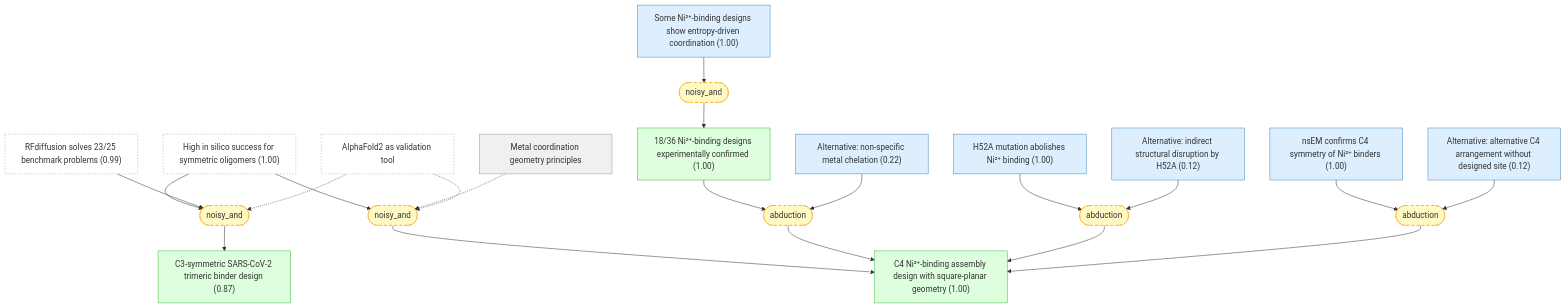
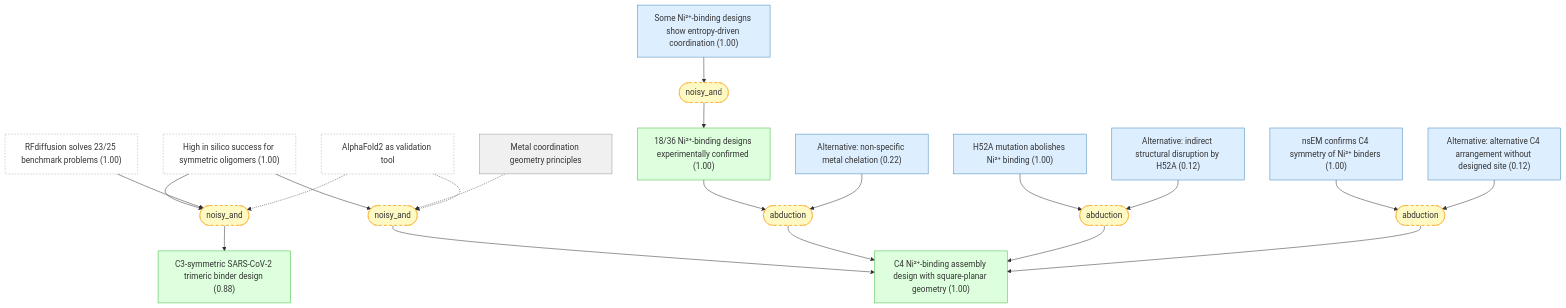
The sixth of 8 diagrams in README.md (kunyuan/watson-rfdiffusion-2023-gaia), drawn with Mermaid before and after one commit. The commit also changed other lines of this file and 7 other files, not shown here.

````diff
--- a/README.md
+++ b/README.md
@@ -808,51 +850,51 @@
 ```mermaid
 graph TD
     alphafold2_definition["AlphaFold2 as validation tool"]:::external
     symmetric_high_success["High in silico success for symmetric oligomers (1.00)"]:::external
-    rfdiffusion_benchmark_performance["RFdiffusion solves 23/25 benchmark problems (0.99)"]:::external
+    rfdiffusion_benchmark_performance["RFdiffusion solves 23/25 benchmark problems (1.00)"]:::external
     metal_coordination_geometry["Metal coordination geometry principles"]:::setting
-    sars_cov2_trimeric_binder_design["C3-symmetric SARS-CoV-2 trimeric binder design (0.87)"]:::derived
+    sars_cov2_trimeric_binder_design["C3-symmetric SARS-CoV-2 trimeric binder design (0.88)"]:::derived
     ni_binding_design["C4 Ni²⁺-binding assembly design with square-planar geometry (1.00)"]:::derived
     ni_binding_experimental["18/36 Ni²⁺-binding designs experimentally confirmed (1.00)"]:::derived
     ni_binding_histidine_dependence["H52A mutation abolishes Ni²⁺ binding (1.00)"]:::premise
     ni_binding_nsem["nsEM confirms C4 symmetry of Ni²⁺ binders (1.00)"]:::premise
     ni_binding_endothermic["Some Ni²⁺-binding designs show entropy-driven coordination (1.00)"]:::premise
     alt_nonspecific_metal_chelation["Alternative: non-specific metal chelation (0.22)"]:::premise
     alt_indirect_structural_disruption_h52a["Alternative: indirect structural disruption by H52A (0.12)"]:::premise
     alt_alternative_c4_arrangement["Alternative: alternative C4 arrangement without designed site (0.12)"]:::premise
-    strat_20(["noisy_and"]):::weak
-    symmetric_high_success --> strat_20
-    rfdiffusion_benchmark_performance --> strat_20
-    alphafold2_definition -.-> strat_20
-    strat_20 --> sars_cov2_trimeric_binder_design
-    strat_21(["noisy_and"]):::weak
-    symmetric_high_success --> strat_21
-    metal_coordination_geometry -.-> strat_21
-    alphafold2_definition -.-> strat_21
-    strat_21 --> ni_binding_design
     strat_22(["noisy_and"]):::weak
-    ni_binding_endothermic --> strat_22
-    strat_22 --> ni_binding_experimental
-    strat_23(["abduction"]):::weak
-    ni_binding_experimental --> strat_23
-    alt_nonspecific_metal_chelation --> strat_23
+    symmetric_high_success --> strat_22
+    rfdiffusion_benchmark_performance --> strat_22
+    alphafold2_definition -.-> strat_22
+    strat_22 --> sars_cov2_trimeric_binder_design
+    strat_23(["noisy_and"]):::weak
+    symmetric_high_success --> strat_23
+    metal_coordination_geometry -.-> strat_23
+    alphafold2_definition -.-> strat_23
     strat_23 --> ni_binding_design
-    strat_24(["abduction"]):::weak
-    ni_binding_histidine_dependence --> strat_24
-    alt_indirect_structural_disruption_h52a --> strat_24
-    strat_24 --> ni_binding_design
+    strat_24(["noisy_and"]):::weak
+    ni_binding_endothermic --> strat_24
+    strat_24 --> ni_binding_experimental
     strat_25(["abduction"]):::weak
-    ni_binding_nsem --> strat_25
-    alt_alternative_c4_arrangement --> strat_25
+    ni_binding_experimental --> strat_25
+    alt_nonspecific_metal_chelation --> strat_25
     strat_25 --> ni_binding_design
+    strat_26(["abduction"]):::weak
+    ni_binding_histidine_dependence --> strat_26
+    alt_indirect_structural_disruption_h52a --> strat_26
+    strat_26 --> ni_binding_design
+    strat_27(["abduction"]):::weak
+    ni_binding_nsem --> strat_27
+    alt_alternative_c4_arrangement --> strat_27
+    strat_27 --> ni_binding_design
 
     classDef setting fill:#f0f0f0,stroke:#999,color:#333
     classDef premise fill:#ddeeff,stroke:#4488bb,color:#333
     classDef derived fill:#ddffdd,stroke:#44bb44,color:#333
     classDef question fill:#fff3dd,stroke:#cc9944,color:#333
     classDef background fill:#f5f5f5,stroke:#bbb,stroke-dasharray: 5 5,color:#333
     classDef orphan fill:#fff,stroke:#ccc,stroke-dasharray: 5 5,color:#333
     classDef external fill:#fff,stroke:#aaa,stroke-dasharray: 3 3,color:#333
     classDef weak fill:#fff9c4,stroke:#f9a825,stroke-dasharray: 5 5,color:#333
     classDef contra fill:#ffebee,stroke:#c62828,color:#333
 ```
````
